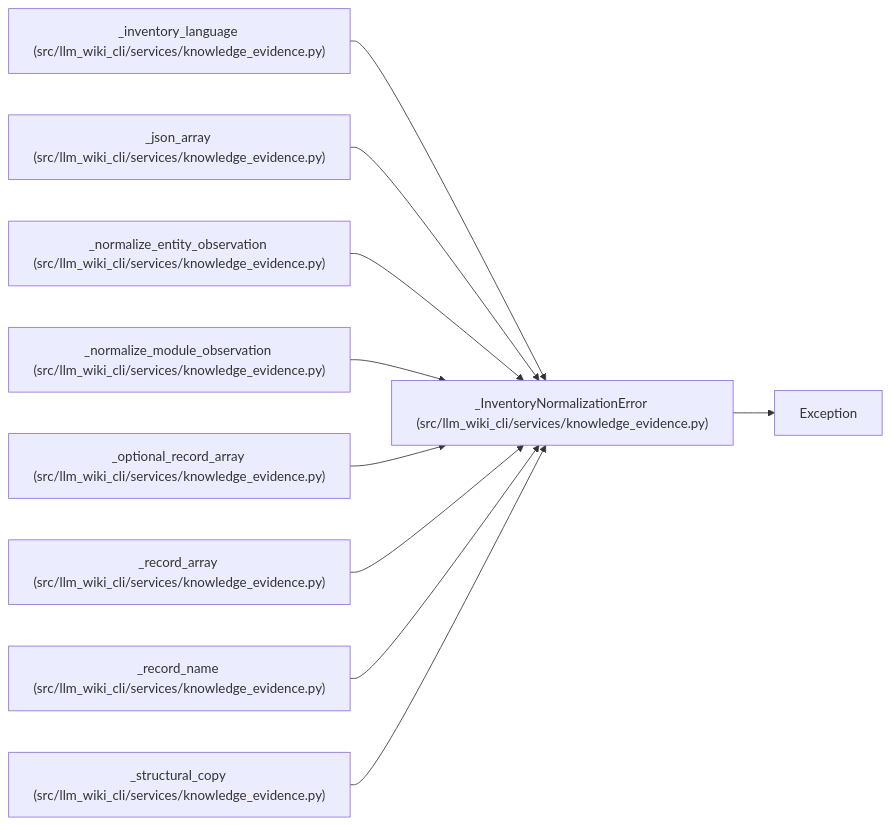
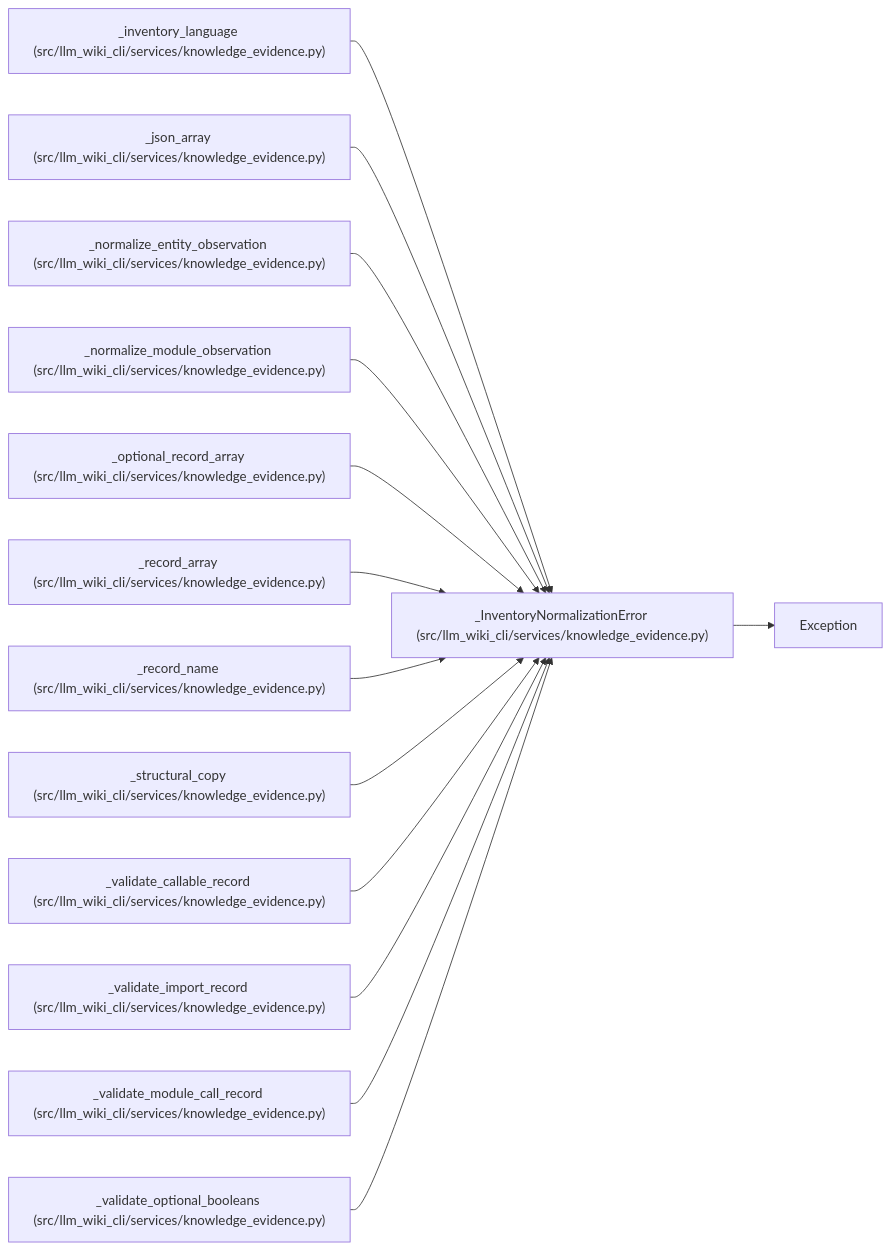
One commit to Denissvgn/python-wiki-llm changed the diagram in docs/llm_wiki/entities/InventoryNormalizationError.md. Above: the diagram before and after it, drawn with Mermaid. The commit also changed other lines of this file and 493 other files, not shown here.

````diff
--- a/docs/llm_wiki/entities/InventoryNormalizationError.md
+++ b/docs/llm_wiki/entities/InventoryNormalizationError.md
@@ -25,31 +25,43 @@
 ```mermaid
 flowchart LR
     n0["_InventoryNormalizationError (src/llm_wiki_cli/services/knowledge_evidence.py)"]
     n1["Exception"]
     n2["_inventory_language (src/llm_wiki_cli/services/knowledge_evidence.py)"]
     n3["_json_array (src/llm_wiki_cli/services/knowledge_evidence.py)"]
     n4["_normalize_entity_observation (src/llm_wiki_cli/services/knowledge_evidence.py)"]
     n5["_normalize_module_observation (src/llm_wiki_cli/services/knowledge_evidence.py)"]
     n6["_optional_record_array (src/llm_wiki_cli/services/knowledge_evidence.py)"]
     n7["_record_array (src/llm_wiki_cli/services/knowledge_evidence.py)"]
     n8["_record_name (src/llm_wiki_cli/services/knowledge_evidence.py)"]
     n9["_structural_copy (src/llm_wiki_cli/services/knowledge_evidence.py)"]
+    n10["_validate_callable_record (src/llm_wiki_cli/services/knowledge_evidence.py)"]
+    n11["_validate_import_record (src/llm_wiki_cli/services/knowledge_evidence.py)"]
+    n12["_validate_module_call_record (src/llm_wiki_cli/services/knowledge_evidence.py)"]
+    n13["_validate_optional_booleans (src/llm_wiki_cli/services/knowledge_evidence.py)"]
     n0 --> n1
     n2 --> n0
     n3 --> n0
     n4 --> n0
     n5 --> n0
     n6 --> n0
     n7 --> n0
     n8 --> n0
     n9 --> n0
+    n10 --> n0
+    n11 --> n0
+    n12 --> n0
+    n13 --> n0
     click n0 "../modules/knowledge_evidence.md"
     click n2 "../modules/knowledge_evidence.md"
     click n3 "../modules/knowledge_evidence.md"
     click n4 "../modules/knowledge_evidence.md"
     click n5 "../modules/knowledge_evidence.md"
     click n6 "../modules/knowledge_evidence.md"
     click n7 "../modules/knowledge_evidence.md"
     click n8 "../modules/knowledge_evidence.md"
     click n9 "../modules/knowledge_evidence.md"
+    click n10 "../modules/knowledge_evidence.md"
+    click n11 "../modules/knowledge_evidence.md"
+    click n12 "../modules/knowledge_evidence.md"
+    click n13 "../modules/knowledge_evidence.md"
 ```
````
